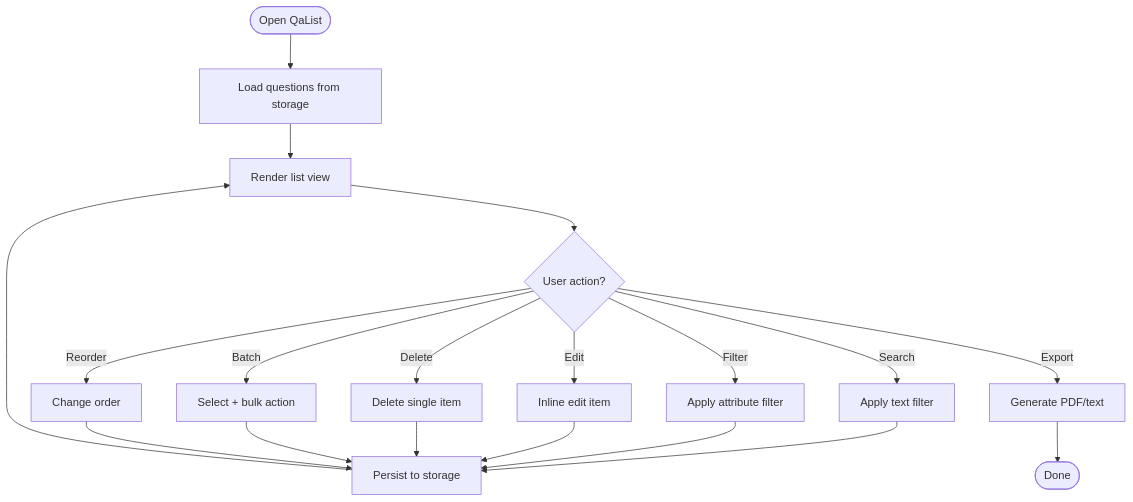
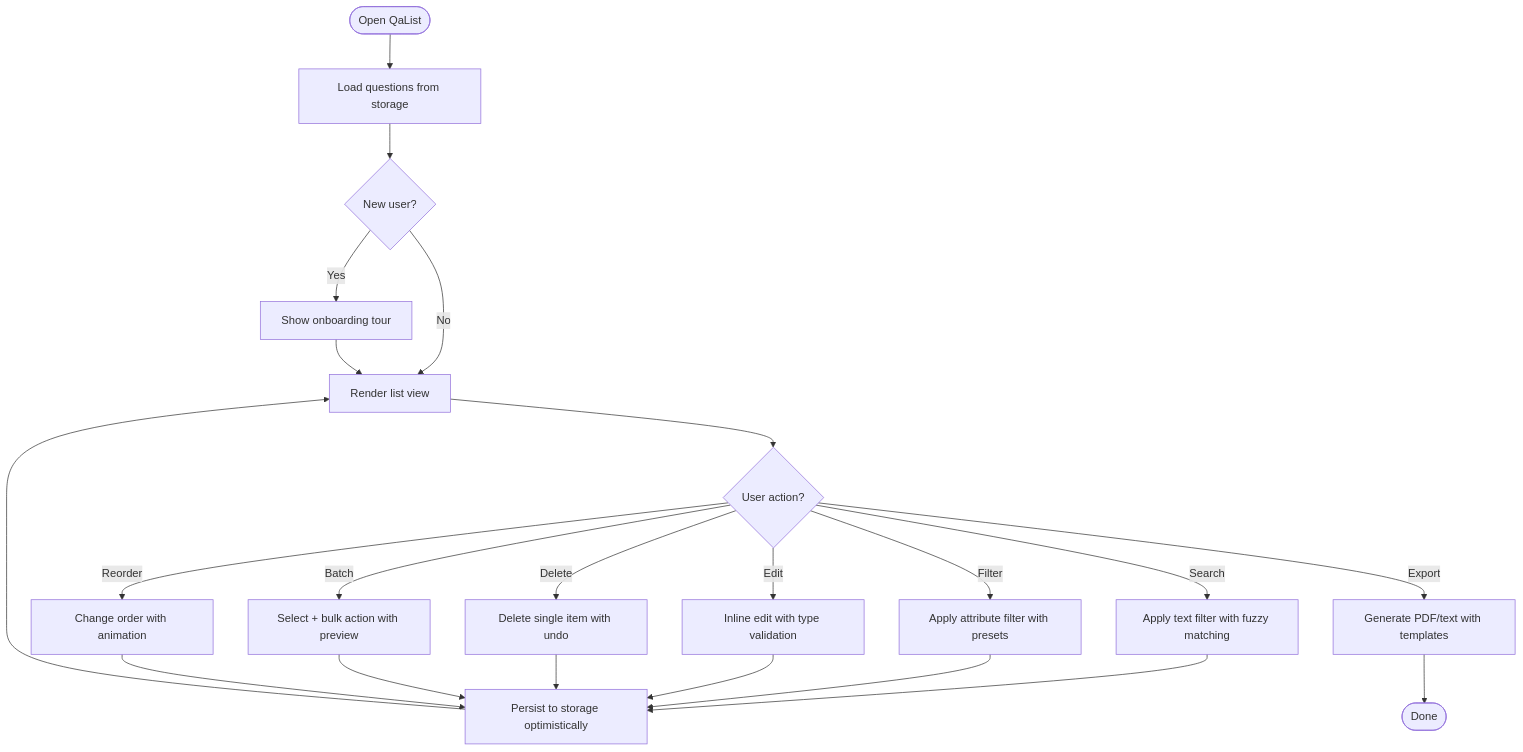
One commit to zmyeo54/briefroom changed the third of 4 diagrams in .qoder/repowiki/en/content/Core Features/Interview Question Generator/Question List Management.md. Above: the diagram before and after it, drawn with Mermaid. The commit also changed other lines of this file and 32 other files, not shown here.

````diff
--- a/.qoder/repowiki/en/content/Core Features/Interview Question Generator/Question List Management.md
+++ b/.qoder/repowiki/en/content/Core Features/Interview Question Generator/Question List Management.md
@@ -162,21 +200,24 @@
 ```mermaid
 flowchart TD
 Start(["Open QaList"]) --> Load["Load questions from storage"]
-Load --> Render["Render list view"]
+Load --> CheckOnboarding{"New user?"}
+CheckOnboarding --> |Yes| ShowTour["Show onboarding tour"]
+CheckOnboarding --> |No| Render["Render list view"]
+ShowTour --> Render
 Render --> Interact{"User action?"}
-Interact --> |Search| ApplySearch["Apply text filter"]
-Interact --> |Filter| ApplyFilter["Apply attribute filter"]
-Interact --> |Edit| EditItem["Inline edit item"]
-Interact --> |Delete| DeleteSingle["Delete single item"]
-Interact --> |Batch| BatchOps["Select + bulk action"]
-Interact --> |Reorder| Reorder["Change order"]
-Interact --> |Export| Export["Generate PDF/text"]
-ApplySearch --> Persist["Persist to storage"]
+Interact --> |Search| ApplySearch["Apply text filter with fuzzy matching"]
+Interact --> |Filter| ApplyFilter["Apply attribute filter with presets"]
+Interact --> |Edit| EditItem["Inline edit with type validation"]
+Interact --> |Delete| DeleteSingle["Delete single item with undo"]
+Interact --> |Batch| BatchOps["Select + bulk action with preview"]
+Interact --> |Reorder| Reorder["Change order with animation"]
+Interact --> |Export| Export["Generate PDF/text with templates"]
+ApplySearch --> Persist["Persist to storage optimistically"]
 ApplyFilter --> Persist
 EditItem --> Persist
 DeleteSingle --> Persist
 BatchOps --> Persist
 Reorder --> Persist
 Export --> End(["Done"])
 Persist --> Render
 ```
````
